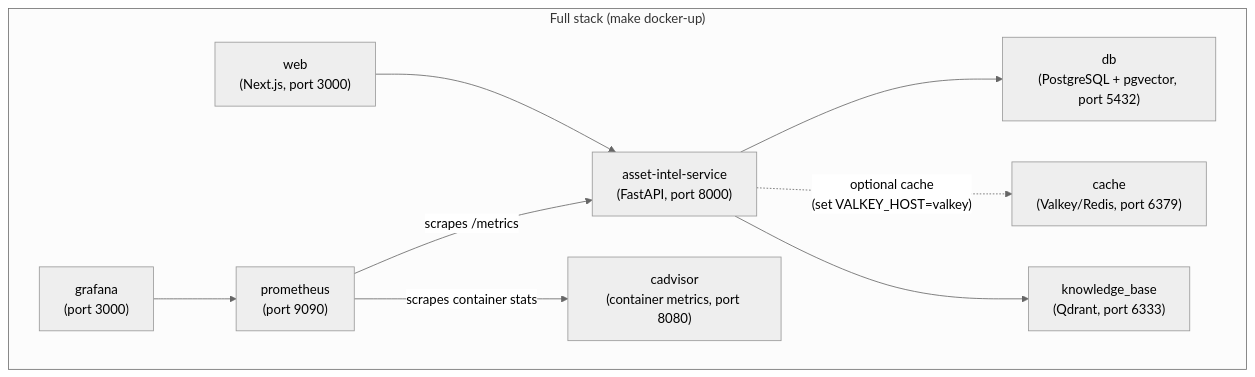
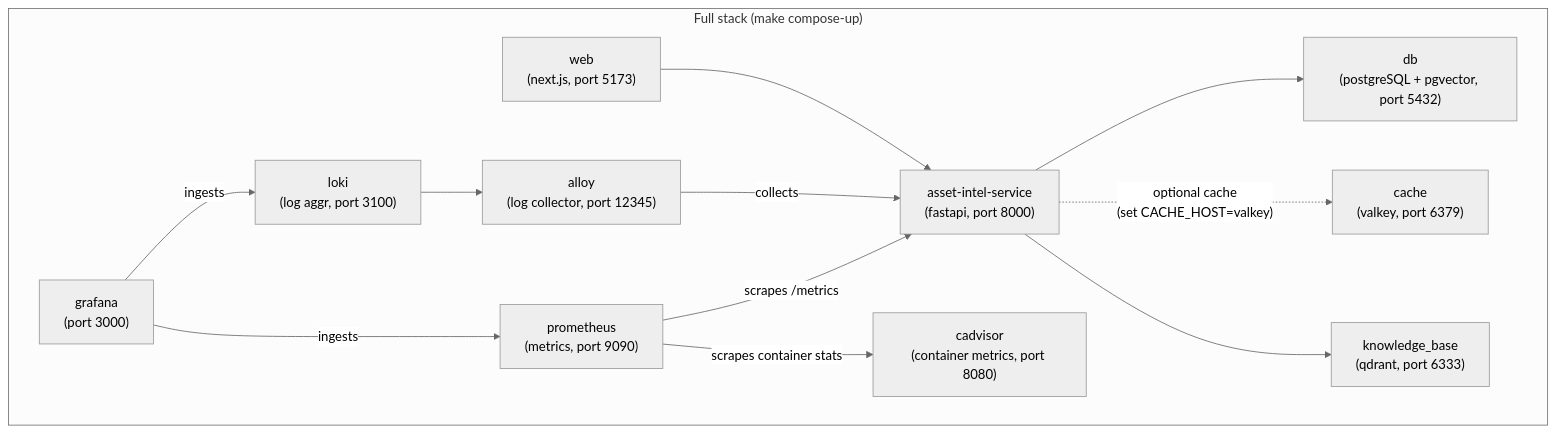
The diagram in docs/docker.md (xinlonghe2512/avli), drawn with Mermaid (neutral theme) before and after one commit. The commit also changed 8 other files, not shown here.

````diff
--- a/docs/docker.md
+++ b/docs/docker.md
@@ -3,21 +3,27 @@
 ```mermaid
 graph TB
-    subgraph stack["Full stack (make docker-up)"]
-        web["web\n(Next.js, port 3000)"]
-        asset-intel-service["asset-intel-service\n(FastAPI, port 8000)"]
-        db["db\n(PostgreSQL + pgvector, port 5432)"]
-        knowledge_base["knowledge_base\n(Qdrant, port 6333)"]
-        cache["cache\n(Valkey/Redis, port 6379)"]
-        prometheus["prometheus\n(port 9090)"]
+    subgraph stack["Full stack (make compose-up)"]
+        web["web\n(next.js, port 5173)"]
+        asset-intel-service["asset-intel-service\n(fastapi, port 8000)"]
+        db["db\n(postgreSQL + pgvector, port 5432)"]
+        knowledge_base["knowledge_base\n(qdrant, port 6333)"]
+        cache["cache\n(valkey, port 6379)"]
+        prometheus["prometheus\n(metrics, port 9090)"]
         grafana["grafana\n(port 3000)"]
         cadvisor["cadvisor\n(container metrics, port 8080)"]
+        loki["loki\n(log aggr, port 3100)"]
+        alloy["alloy\n(log collector, port 12345)"]
     end
 
     web --> asset-intel-service
     asset-intel-service --> db
-    asset-intel-service -.->|"optional cache\n(set VALKEY_HOST=valkey)"| cache
+    asset-intel-service -.->|"optional cache\n(set CACHE_HOST=valkey)"| cache
     asset-intel-service --> knowledge_base
+    grafana -->|"ingests"| loki
+    loki --> alloy
+    alloy -->|"collects"| asset-intel-service
+    grafana -->|"ingests"| prometheus
     prometheus -->|"scrapes /metrics"| asset-intel-service
     prometheus -->|"scrapes container stats"| cadvisor
-    grafana --> prometheus
+
 ```
````
